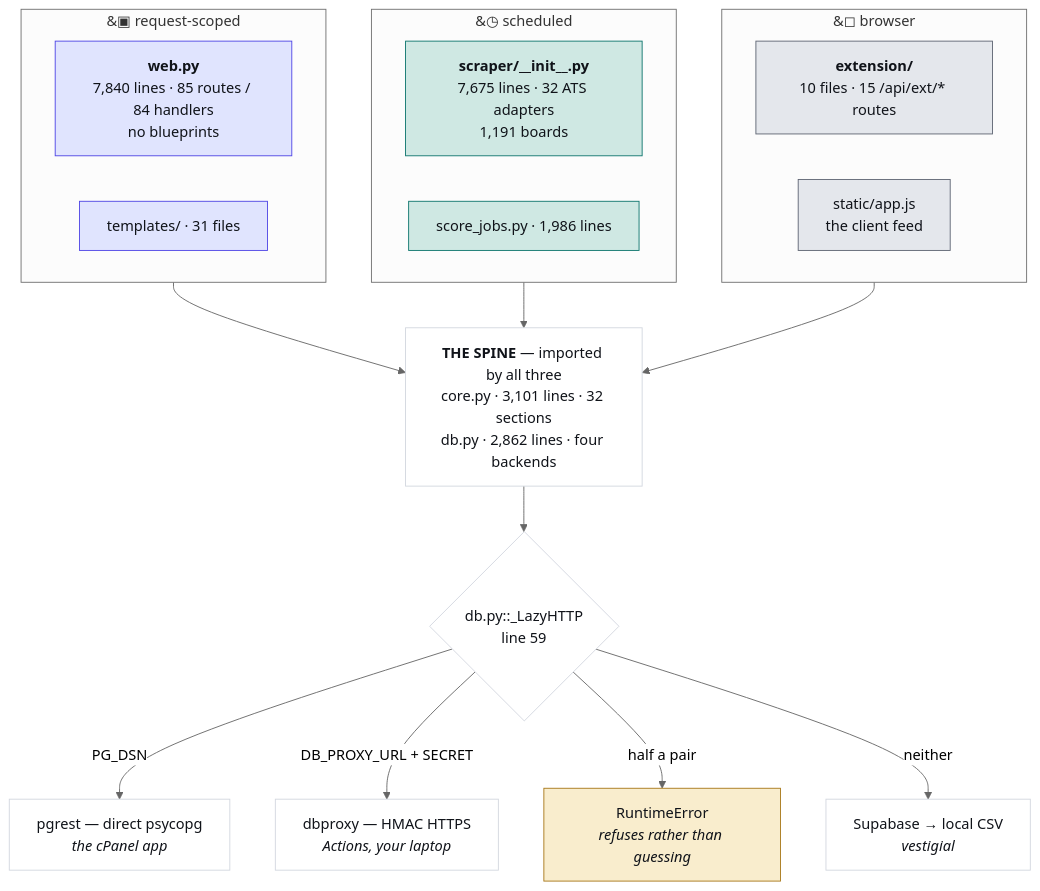
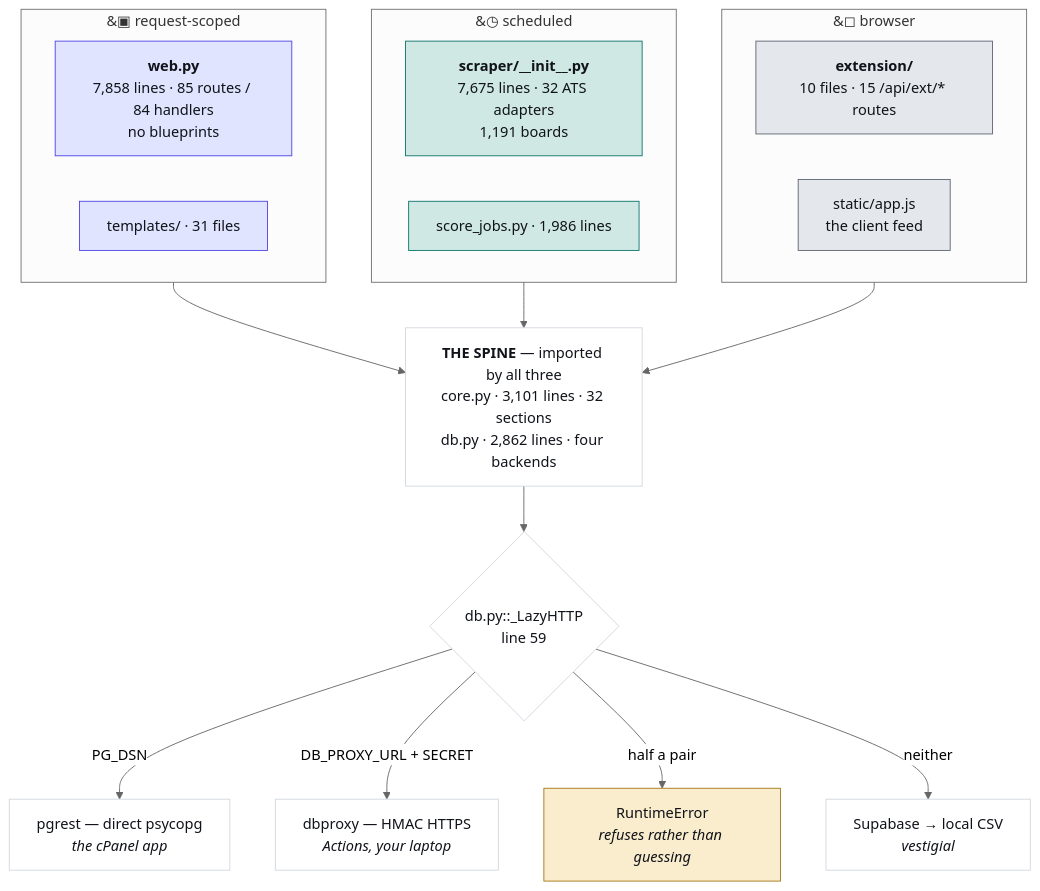
One commit to hadakunal909-debug/job-search-tool changed the first of 4 diagrams in JobMatch Scraper/docs/ARCHITECTURE.md. Above: the diagram before and after it, drawn with Mermaid (neutral theme). The commit also changed other lines of this file and 5 other files, not shown here.

````diff
--- a/JobMatch Scraper/docs/ARCHITECTURE.md
+++ b/JobMatch Scraper/docs/ARCHITECTURE.md
@@ -45,34 +45,34 @@
 ```mermaid
 flowchart TB
   subgraph REQ["&#9635; request-scoped"]
-    W["<b>web.py</b><br/>7,840 lines · 85 routes / 84 handlers<br/>no blueprints"]
+    W["<b>web.py</b><br/>7,858 lines · 85 routes / 84 handlers<br/>no blueprints"]
     T["templates/ · 31 files"]
   end
   subgraph SCH["&#9719; scheduled"]
     S["<b>scraper/__init__.py</b><br/>7,675 lines · 32 ATS adapters<br/>1,191 boards"]
     J["score_jobs.py · 1,986 lines"]
   end
   subgraph CLI["&#9723; browser"]
     E["<b>extension/</b><br/>10 files · 15 /api/ext/* routes"]
     A["static/app.js<br/>the client feed"]
   end
   SPINE["<b>THE SPINE</b> — imported by all three<br/>core.py · 3,101 lines · 32 sections<br/>db.py · 2,862 lines · four backends"]
   REQ --> SPINE
   SCH --> SPINE
   CLI --> SPINE
   SPINE --> D{"db.py::_LazyHTTP<br/>line 59"}
   D -->|"PG_DSN"| P["pgrest — direct psycopg<br/><i>the cPanel app</i>"]
   D -->|"DB_PROXY_URL + SECRET"| X["dbproxy — HMAC HTTPS<br/><i>Actions, your laptop</i>"]
   D -->|"half a pair"| R["RuntimeError<br/><i>refuses rather than guessing</i>"]
   D -->|"neither"| V["Supabase → local CSV<br/><i>vestigial</i>"]
   classDef web fill:#e0e4fe,stroke:#4f46e5,color:#101319
   classDef sched fill:#cfe8e3,stroke:#0f766e,color:#101319
   classDef client fill:#e4e7ec,stroke:#5f6573,color:#101319
   classDef trap fill:#f9edcd,stroke:#a8781a,color:#101319
   classDef plain fill:#ffffff,stroke:#d3d7df,color:#101319
   class W,T web
   class S,J sched
   class E,A client
   class R trap
   class SPINE,D,P,X,V plain
 ```
````
